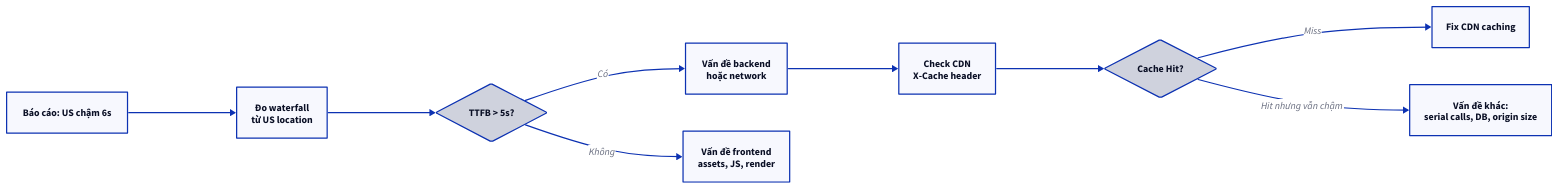
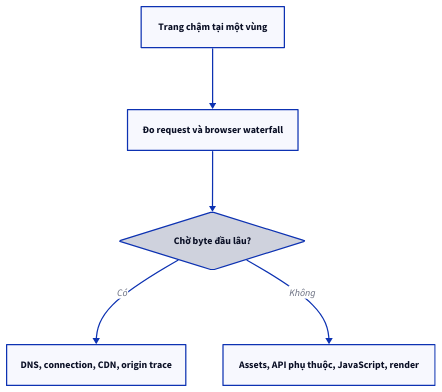
Before and after one commit to vanhiep99w/interview-question: the first of 2 diagrams in content/docs/system-design/02-geo-latency-60ms-vs-6s.mdx, drawn with D2. The commit also changed other lines of this file and 26 other files, not shown here.

````diff
--- a/content/docs/system-design/02-geo-latency-60ms-vs-6s.mdx
+++ b/content/docs/system-design/02-geo-latency-60ms-vs-6s.mdx
@@ -66,20 +47,11 @@
-```d2 title="Bước 1: Đo — không đoán"
-direction: right
-A: "Báo cáo: US chậm 6s"
-B: "Đo waterfall\ntừ US location"
-C: "TTFB > 5s?" {shape: diamond}
-D: "Vấn đề backend\nhoặc network"
-E: "Vấn đề frontend\nassets, JS, render"
-F: "Check CDN\nX-Cache header"
-G: "Cache Hit?" {shape: diamond}
-H: "Fix CDN caching"
-I: "Vấn đề khác:\nserial calls, DB, origin size"
-A -> B
-B -> C
-C -> D: "Có"
-C -> E: "Không"
-D -> F
-F -> G
-G -> H: "Miss"
-G -> I: "Hit nhưng vẫn chậm"
+```d2 title="Khoanh vùng chậm trước khi chọn cách sửa" interactive=false
+direction: down
+report: "Trang chậm tại một vùng"
+measure: "Đo request và browser waterfall"
+first: "Chờ byte đầu lâu?" {shape: diamond}
+network: "DNS, connection, CDN, origin trace"
+render: "Assets, API phụ thuộc, JavaScript, render"
+report -> measure -> first
+first -> network: Có
+first -> render: Không
 ```
````
